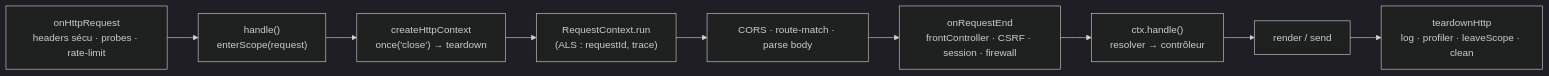
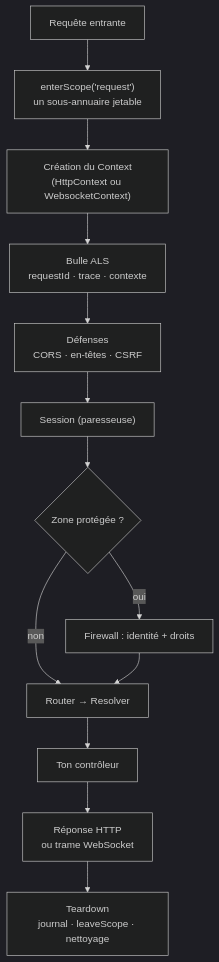
Before and after one commit to nodefony/nodefony-core: the third of 4 diagrams in docs/architecture/vue-ensemble.md, drawn with Mermaid (dark theme). The commit also changed other lines of this file and 16 other files, not shown here.

````diff
--- a/docs/architecture/vue-ensemble.md
+++ b/docs/architecture/vue-ensemble.md
@@ -187,11 +343,15 @@
 ```mermaid
-flowchart LR
-  A["onHttpRequest<br/>headers sécu · probes · rate-limit"] --> B["handle()<br/>enterScope(request)"]
-  B --> C["createHttpContext<br/>once('close') → teardown"]
-  C --> D["RequestContext.run<br/>(ALS : requestId, trace)"]
-  D --> E["CORS · route-match · parse body"]
-  E --> F["onRequestEnd<br/>frontController · CSRF · session · firewall"]
-  F --> G["ctx.handle()<br/>resolver → contrôleur"]
-  G --> H["render / send"]
-  H --> I["teardownHttp<br/>log · profiler · leaveScope · clean"]
+flowchart TD
+  IN["Requête entrante"] --> SC["enterScope('request')<br/>un sous-annuaire jetable"]
+  SC --> CX["Création du Context<br/>(HttpContext ou WebsocketContext)"]
+  CX --> ALS["Bulle ALS<br/>requestId · trace · contexte"]
+  ALS --> DEF["Défenses<br/>CORS · en-têtes · CSRF"]
+  DEF --> SESS["Session (paresseuse)"]
+  SESS --> FWD{"Zone protégée ?"}
+  FWD -->|non| RES["Router → Resolver"]
+  FWD -->|oui| AUTH["Firewall : identité + droits"]
+  AUTH --> RES
+  RES --> CTRL["Ton contrôleur"]
+  CTRL --> OUT["Réponse HTTP<br/>ou trame WebSocket"]
+  OUT --> TD["Teardown<br/>journal · leaveScope · nettoyage"]
 ```
````
